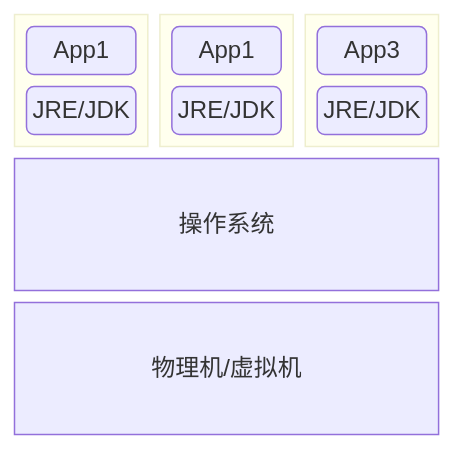
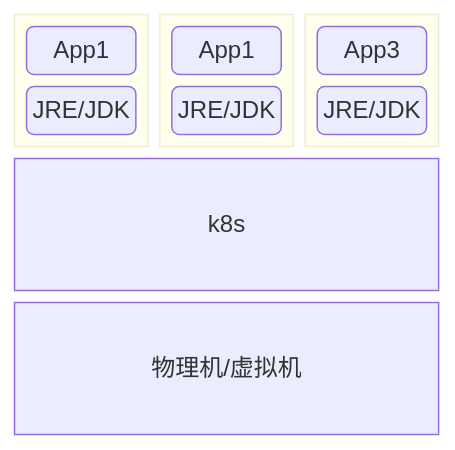
Before and after one commit to zongkuiy/springboot-native-image: the third of 6 diagrams in README.md, drawn with Mermaid.

Commit message:
update cloud native arch

````diff
--- a/README.md
+++ b/README.md
@@ -90,18 +90,18 @@
 ```mermaid  
 block-beta
     columns 3
     block:group1:1
         columns 1
         app1("App1") jre1("JRE/JDK")
     end
     block:group2:1
         columns 1
         app2("App1") jre2("JRE/JDK")
     end
     block:group3:1
         columns 1
         app3("App3") jre3("JRE/JDK")
     end
-    操作系统:3
+    k8s:3
     物理机/虚拟机:3
 ```
````
